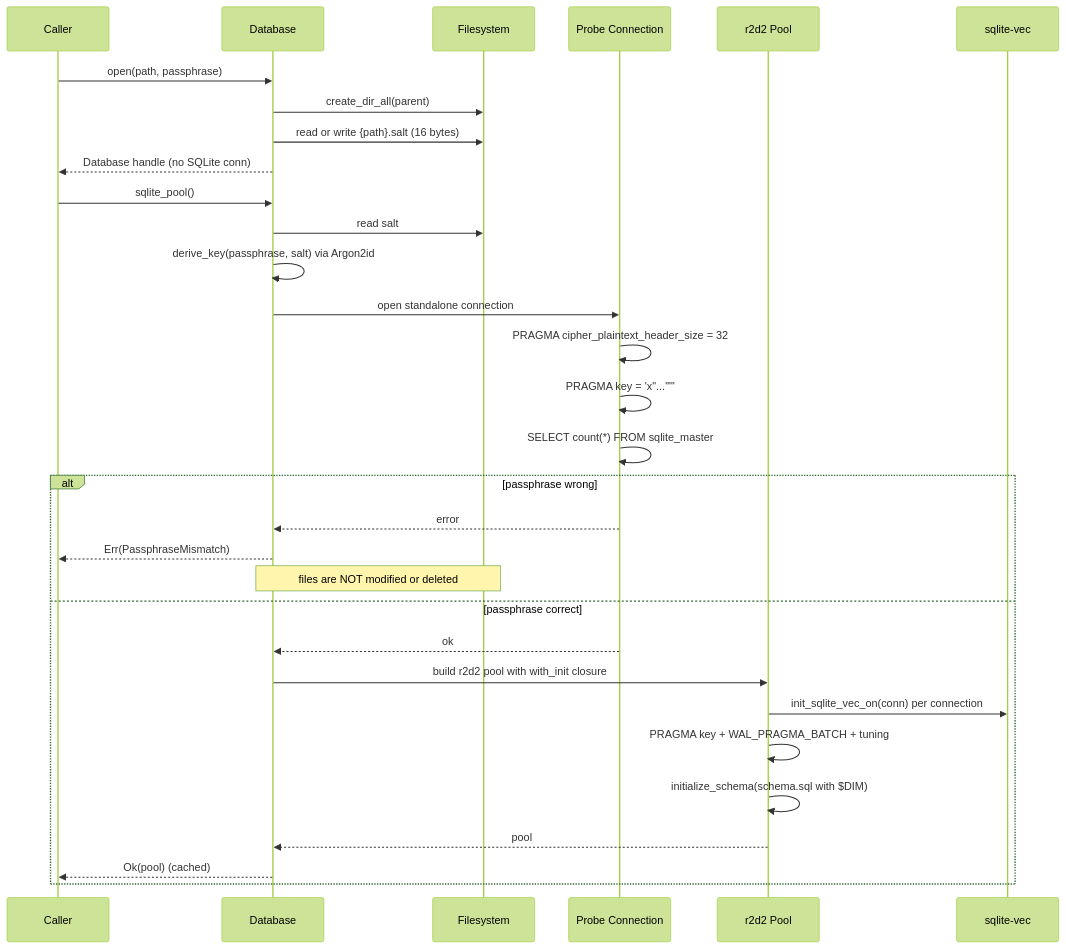
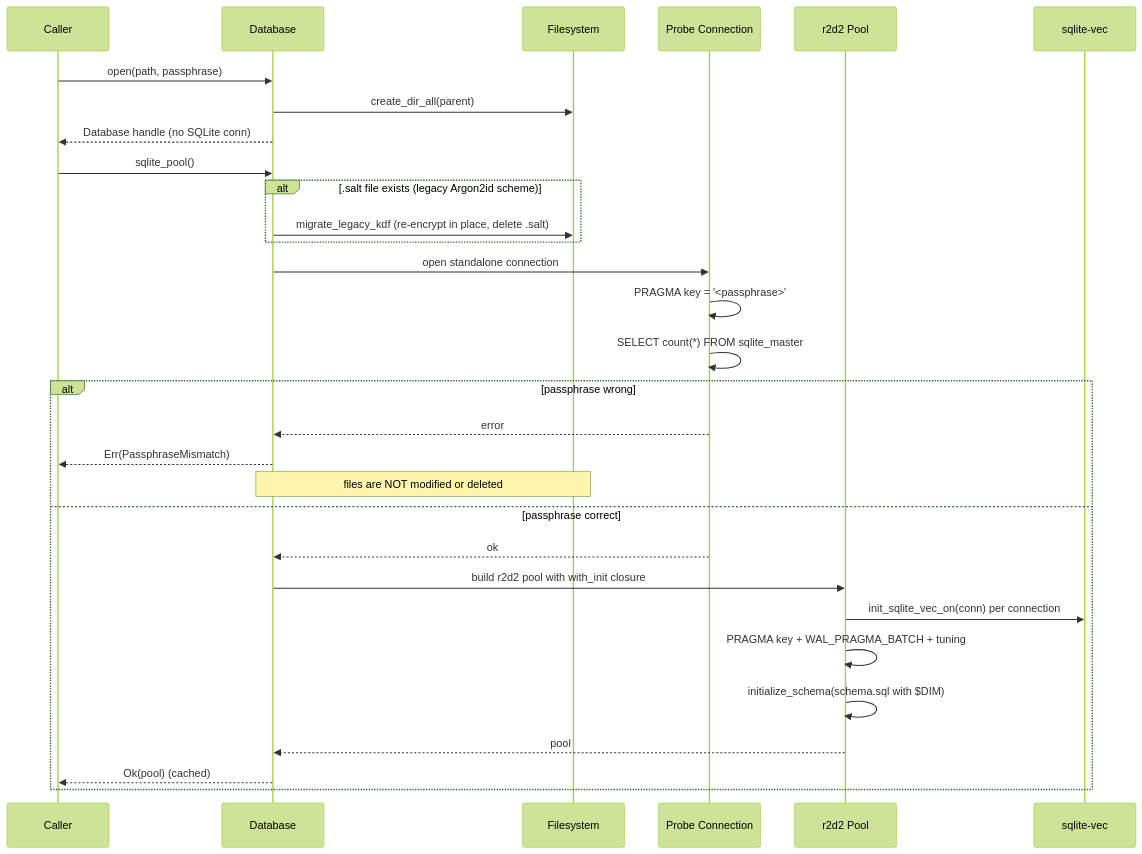
The first of 2 diagrams in kask/docs/diataxis/hkask-storage/explanation.md (mdz-axo/zed-kask), drawn with Mermaid (forest theme) before and after one commit. The commit also changed other lines of this file and 34 other files, not shown here.

````diff
--- a/kask/docs/diataxis/hkask-storage/explanation.md
+++ b/kask/docs/diataxis/hkask-storage/explanation.md
@@ -48,35 +55,34 @@
 ```mermaid
 sequenceDiagram
     participant Caller
     participant Database
     participant FS as Filesystem
     participant Probe as Probe Connection
     participant Pool as r2d2 Pool
     participant Vec as sqlite-vec
 
     Caller->>Database: open(path, passphrase)
     Database->>FS: create_dir_all(parent)
-    Database->>FS: read or write {path}.salt (16 bytes)
     Database-->>Caller: Database handle (no SQLite conn)
 
     Caller->>Database: sqlite_pool()
-    Database->>FS: read salt
-    Database->>Database: derive_key(passphrase, salt) via Argon2id
+    alt .salt file exists (legacy Argon2id scheme)
+        Database->>FS: migrate_legacy_kdf (re-encrypt in place, delete .salt)
+    end
     Database->>Probe: open standalone connection
-    Probe->>Probe: PRAGMA cipher_plaintext_header_size = 32
-    Probe->>Probe: PRAGMA key = 'x"...""'
+    Probe->>Probe: PRAGMA key = '<passphrase>'
     Probe->>Probe: SELECT count(*) FROM sqlite_master
     alt passphrase wrong
         Probe-->>Database: error
         Database-->>Caller: Err(PassphraseMismatch)
         Note over Database,FS: files are NOT modified or deleted
     else passphrase correct
         Probe-->>Database: ok
         Database->>Pool: build r2d2 pool with with_init closure
         Pool->>Vec: init_sqlite_vec_on(conn) per connection
         Pool->>Pool: PRAGMA key + WAL_PRAGMA_BATCH + tuning
         Pool->>Pool: initialize_schema(schema.sql with $DIM)
         Pool-->>Database: pool
         Database-->>Caller: Ok(pool) (cached)
     end
 ```
````
